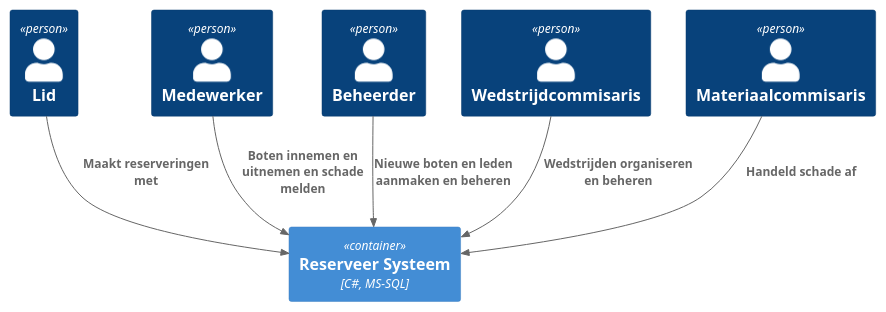
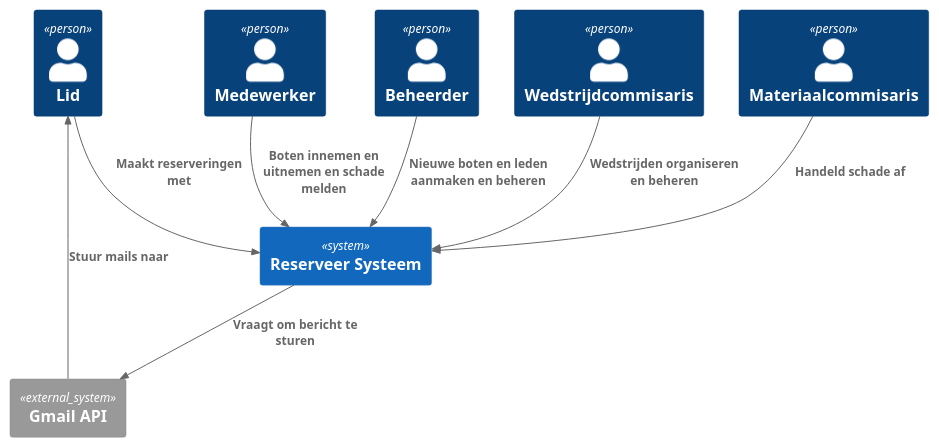
One commit to KBS-Groep-4/tik-tok changed the diagram in Level-1.puml. Above: the diagram before and after it, drawn with PlantUML. The commit also changed 3 other files, not shown here.

```diff
--- a/Level-1.puml
+++ b/Level-1.puml
@@ -1,20 +1,23 @@
 @startuml naam
 !includeurl https://raw.githubusercontent.com/RicardoNiepel/C4-PlantUML/release/1-0/C4_Container.puml
 
 Person(lid, "Lid")
 Person(medewerker, "Medewerker")
 Person(beheerder, "Beheerder")
 Person(wedstrijdCom, "Wedstrijdcommisaris")
 Person(matCom, "Materiaalcommisaris")
 
+System(app, "Reserveer Systeem")
 
-Container(app, "Reserveer Systeem", "C#, MS-SQL")
+System_Ext(mail, "Gmail API")
+Rel(app, mail, "Vraagt om bericht te sturen")
+Rel(mail, lid, "Stuur mails naar")
 
 Rel(lid, app, "Maakt reserveringen met")
 Rel(medewerker, app, "Boten innemen en uitnemen en schade melden")
 Rel(beheerder, app, "Nieuwe boten en leden aanmaken en beheren")
 Rel(wedstrijdCom, app, "Wedstrijden organiseren en beheren")
 Rel(matCom, app, "Handeld schade af")
 
 
 @enduml
```
